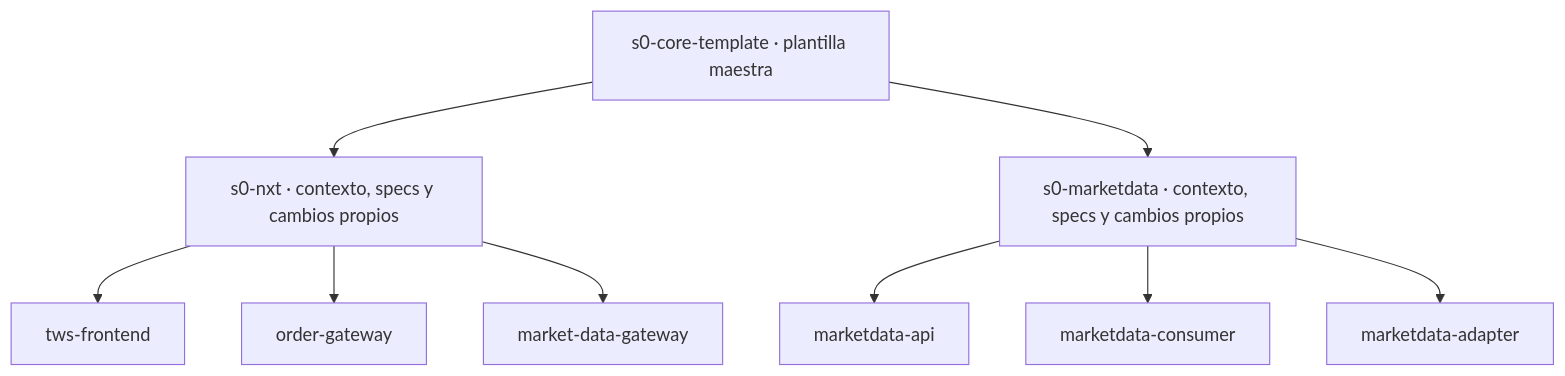
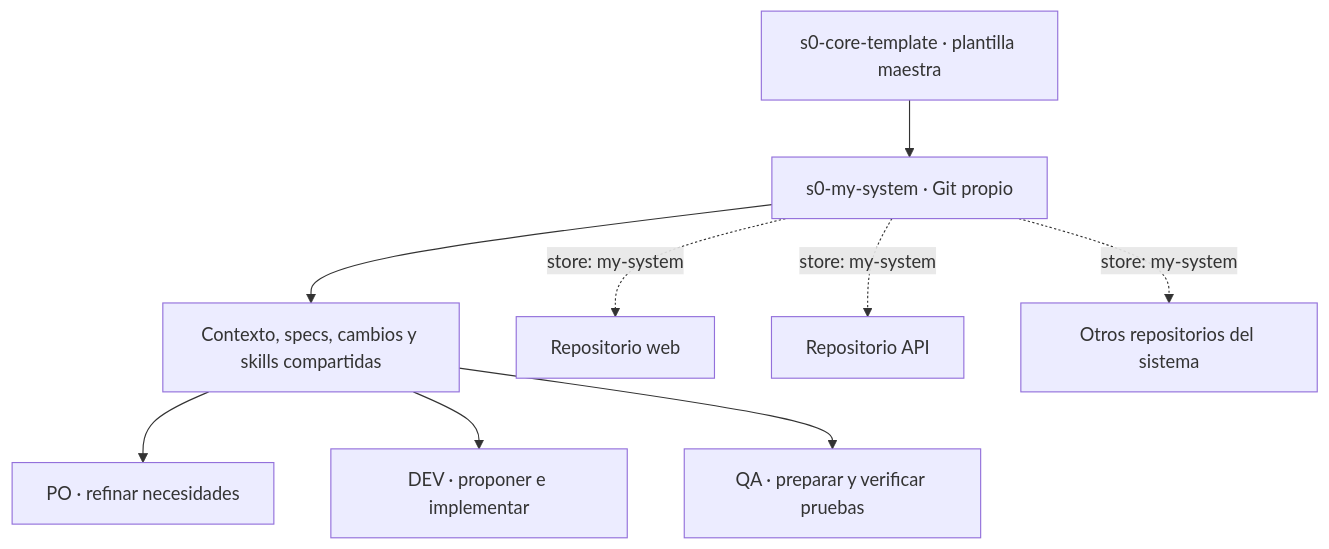
Before and after one commit to raal-nuam/s0-ssd-png-rrojas: the diagram in README.md, drawn with Mermaid. The commit also changed other lines of this file and 3 other files, not shown here.

````diff
--- a/README.md
+++ b/README.md
@@ -14,11 +33,11 @@
 ```mermaid
 flowchart TD
-    T["s0-core-template · plantilla maestra"] --> N["s0-nxt · contexto, specs y cambios propios"]
-    T --> M["s0-marketdata · contexto, specs y cambios propios"]
-    N --> F["tws-frontend"]
-    N --> O["order-gateway"]
-    N --> G["market-data-gateway"]
-    M --> A["marketdata-api"]
-    M --> C["marketdata-consumer"]
-    M --> D["marketdata-adapter"]
+    T["s0-core-template · plantilla maestra"] --> S["s0-my-system · Git propio"]
+    S --> C["Contexto, specs, cambios y skills compartidas"]
+    C --> P["PO · refinar necesidades"]
+    C --> D["DEV · proponer e implementar"]
+    C --> Q["QA · preparar y verificar pruebas"]
+    S -. "store: my-system" .-> R1["Repositorio web"]
+    S -. "store: my-system" .-> R2["Repositorio API"]
+    S -. "store: my-system" .-> RN["Otros repositorios del sistema"]
 ```
````
